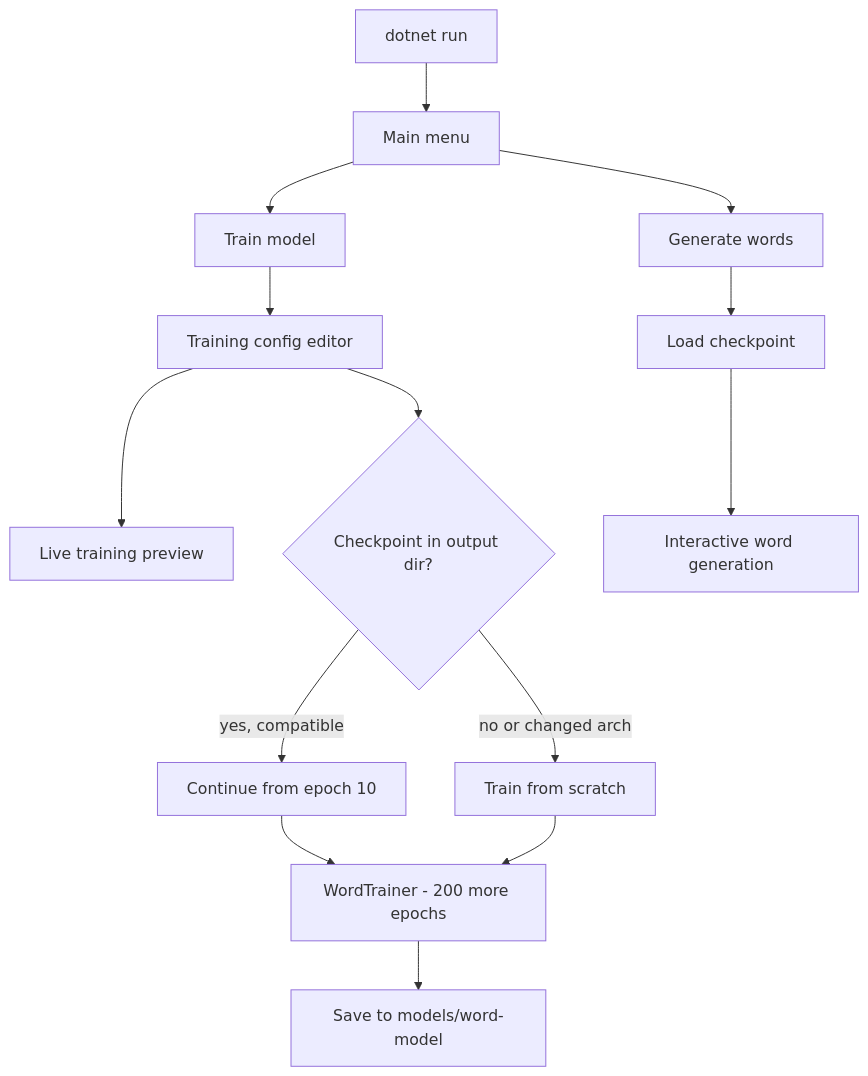
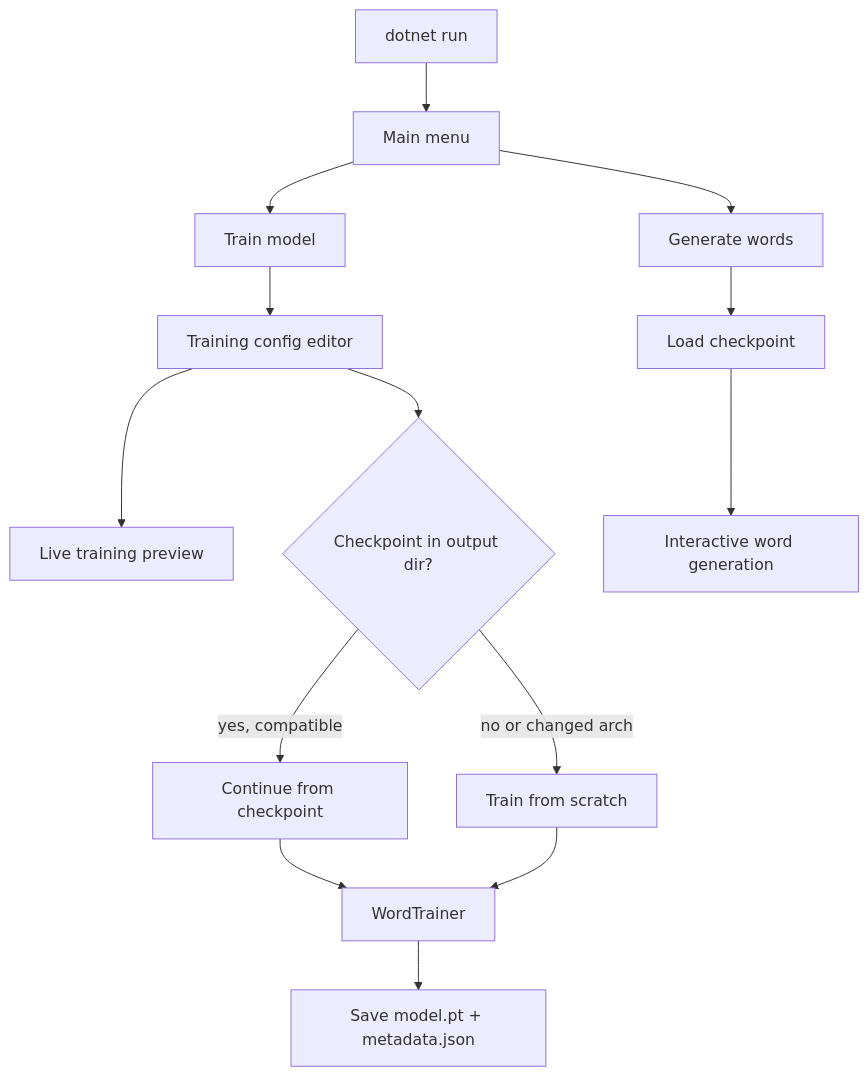
One commit to carathorys/home-gpt changed the diagram in README.md. Above: the diagram before and after it, drawn with Mermaid. The commit also changed other lines of this file, not shown here.

First line of the commit message:
Update README.md to enhance model documentation and training parameters

````diff
--- a/README.md
+++ b/README.md
@@ -123,16 +176,16 @@
 ```mermaid
 flowchart TD
     start[dotnet run] --> menu[Main menu]
     menu --> train[Train model]
     menu --> gen[Generate words]
     train --> editor[Training config editor]
     editor --> preview[Live training preview]
     editor --> checkpoint{Checkpoint in output dir?}
-    checkpoint -->|yes, compatible| resume[Continue from epoch 10]
+    checkpoint -->|yes, compatible| resume[Continue from checkpoint]
     checkpoint -->|no or changed arch| scratch[Train from scratch]
-    resume --> trainLoop[WordTrainer - 200 more epochs]
+    resume --> trainLoop[WordTrainer]
     scratch --> trainLoop
-    trainLoop --> save[Save to models/word-model]
+    trainLoop --> save["Save model.pt + metadata.json"]
     gen --> load[Load checkpoint]
     load --> sample[Interactive word generation]
 ```
````
